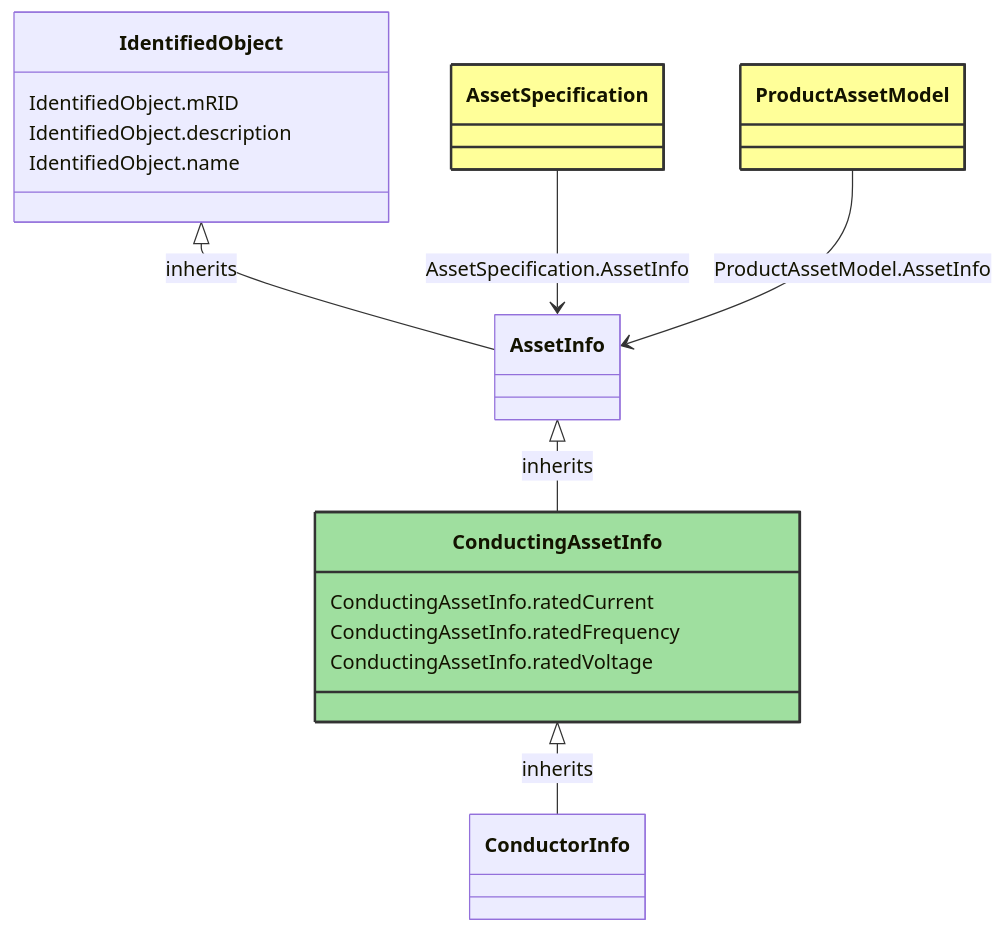
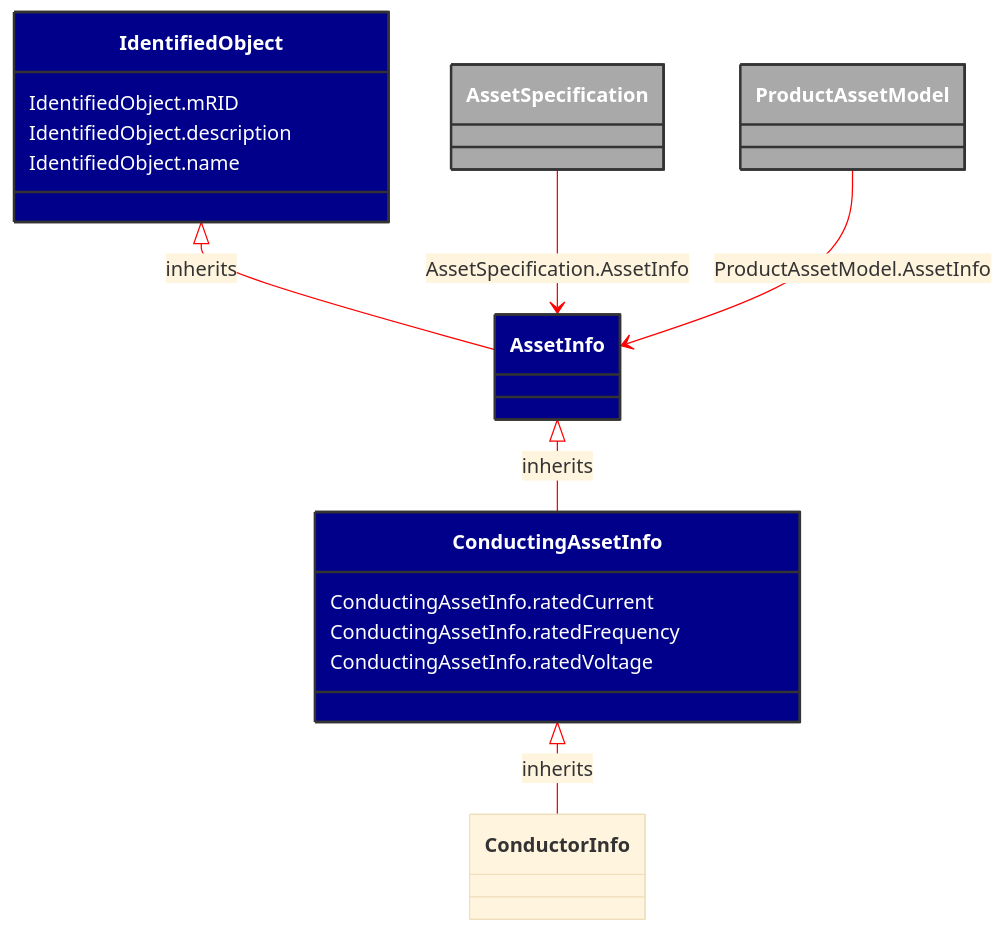
The diagram in docs/Models/Profiles/SubseaCableInfo/AbstractClasses/ConductingAssetInfo.md (3lbits/NoCIMExtensions), drawn with Mermaid before and after one commit. The commit also changed 58 other files, not shown here.

````diff
--- a/docs/Models/Profiles/SubseaCableInfo/AbstractClasses/ConductingAssetInfo.md
+++ b/docs/Models/Profiles/SubseaCableInfo/AbstractClasses/ConductingAssetInfo.md
@@ -10,43 +10,44 @@
 ```mermaid
+%%{init: {'theme':'base','themeVariables': {'lineColor': '#FF0000'}}}%%
 classDiagram
     class ConductingAssetInfo
     click ConductingAssetInfo href "/Models/Profiles/SubseaCableInfo/AbstractClasses/ConductingAssetInfo/"
-    style ConductingAssetInfo fill:#9fdf9f,stroke:#333,stroke-width:2px,rx:10,ry:10
+    style ConductingAssetInfo fill:#006400,stroke:#333,stroke-width:2px,rx:10,ry:10,color:white
 
         ConductingAssetInfo <|-- ConductorInfo : inherits
             click ConductingAssetInfo href "/Models/Profiles/SubseaCableInfo/AbstractClasses/ConductingAssetInfo/"
-            style ConductingAssetInfo rx:10,ry:10
+            style ConductingAssetInfo fill:#00008B,stroke:#333,stroke-width:2px,rx:10,ry:10,color:white
 
         ConductorInfo
             click ConductorInfo href "/Models/Profiles/SubseaCableInfo/AbstractClasses/ConductorInfo/"
-            style ConductorInfo rx:10,ry:10
+            style ConductingAssetInfo fill:#00008B,stroke:#333,stroke-width:2px,rx:10,ry:10,color:white
 
         AssetInfo <|-- ConductingAssetInfo : inherits
             click AssetInfo href "/Models/Profiles/SubseaCableInfo/AbstractClasses/AssetInfo/"
-            style AssetInfo rx:10,ry:10
+            style AssetInfo fill:#00008B,stroke:#333,stroke-width:2px,rx:10,ry:10,color:white
 
         IdentifiedObject <|-- AssetInfo : inherits
             click IdentifiedObject href "/Models/Profiles/SubseaCableInfo/AbstractClasses/IdentifiedObject/"
-            style IdentifiedObject rx:10,ry:10
+            style IdentifiedObject fill:#00008B,stroke:#333,stroke-width:2px,rx:10,ry:10,color:white
 
 
         AssetSpecification --> AssetInfo : AssetSpecification.AssetInfo
 
         AssetSpecification
             click AssetSpecification href "/Models/Profiles/SubseaCableInfo/ConcreteClasses/AssetSpecification/"
-            style AssetSpecification fill:#ffff99,stroke:#333,stroke-width:2px,rx:10,ry:10
+            style AssetSpecification fill:#A9A9A9,stroke:#333,stroke-width:2px,rx:10,ry:10,color:white
 
         ProductAssetModel --> AssetInfo : ProductAssetModel.AssetInfo
 
         ProductAssetModel
             click ProductAssetModel href "/Models/Profiles/SubseaCableInfo/ConcreteClasses/ProductAssetModel/"
-            style ProductAssetModel fill:#ffff99,stroke:#333,stroke-width:2px,rx:10,ry:10
+            style ProductAssetModel fill:#A9A9A9,stroke:#333,stroke-width:2px,rx:10,ry:10,color:white
 
 
         ConductingAssetInfo : ConductingAssetInfo.ratedCurrent
         ConductingAssetInfo : ConductingAssetInfo.ratedFrequency
         ConductingAssetInfo : ConductingAssetInfo.ratedVoltage
         IdentifiedObject : IdentifiedObject.mRID
         IdentifiedObject : IdentifiedObject.description
         IdentifiedObject : IdentifiedObject.name
 ```
````
